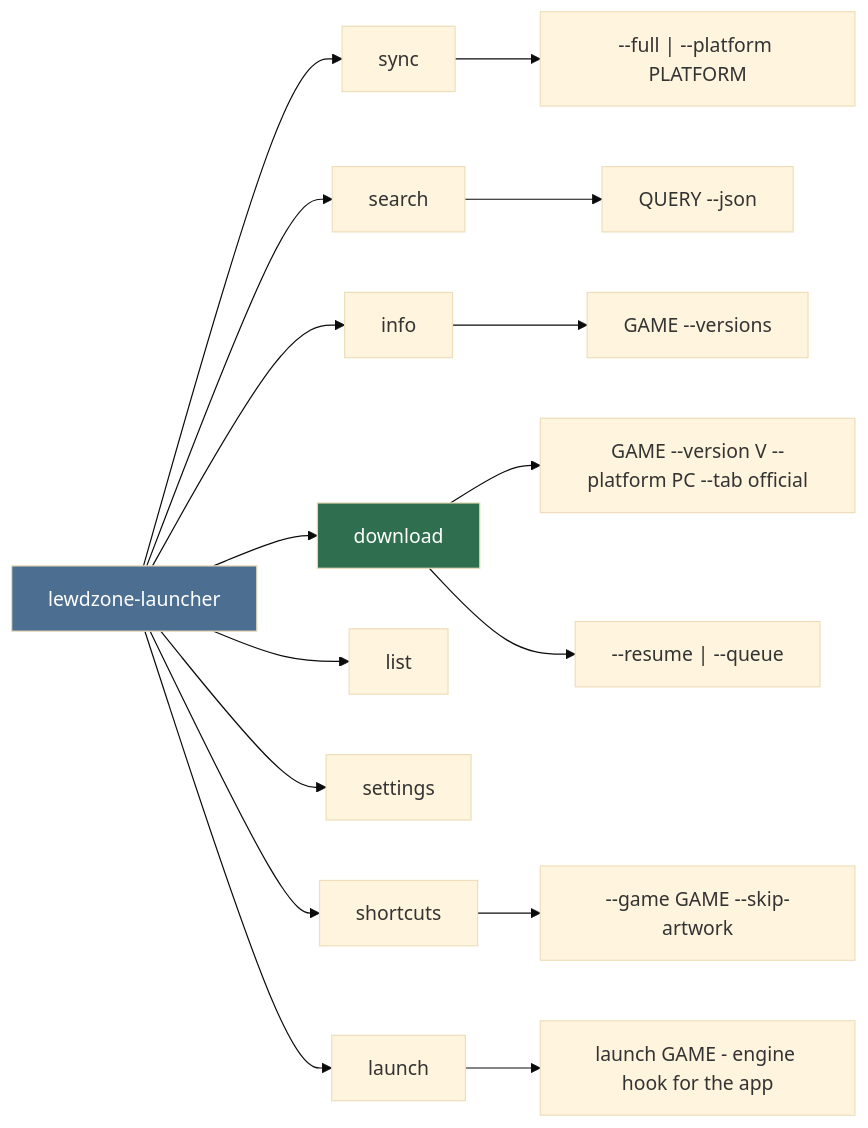
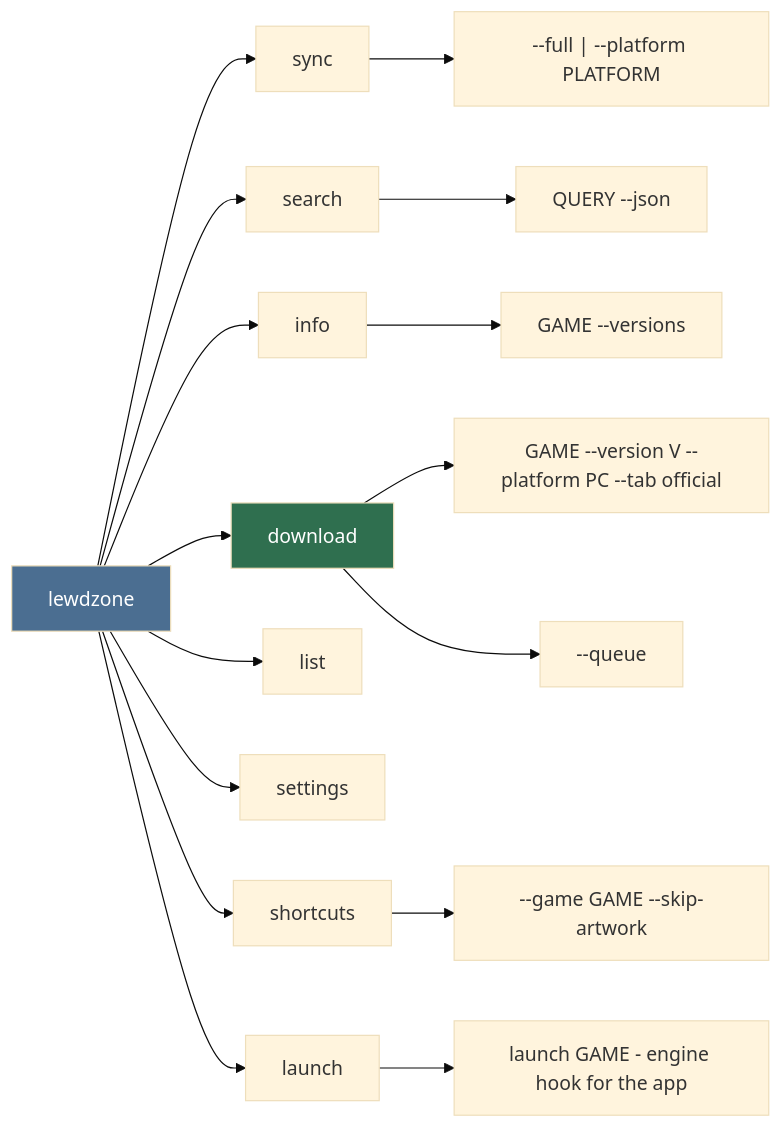
Before and after one commit to HELIX-Origin/LewdZone-Launcher: the second of 2 diagrams in .agents/agents/cli/cli.md, drawn with Mermaid (base theme). The commit also changed other lines of this file and 35 other files, not shown here.

````diff
--- a/.agents/agents/cli/cli.md
+++ b/.agents/agents/cli/cli.md
@@ -52,22 +52,22 @@
 ```mermaid
 flowchart LR
-    L["lewdzone-launcher"] --> sync[sync]
+    L["lewdzone"] --> sync[sync]
     L --> search[search]
     L --> info[info]
     L --> download[download]
     L --> listcmd[list]
     L --> settingscmd[settings]
     L --> shortcuts[shortcuts]
     L --> launch[launch]
 
     sync --> fs1["--full | --platform PLATFORM"]
     search --> ss1[QUERY --json]
     info --> si1[GAME --versions]
     download --> sd1[GAME --version V --platform PC --tab official]
-    download --> sd2["--resume | --queue"]
+    download --> sd2["--queue"]
     shortcuts --> sk1["--game GAME --skip-artwork"]
     launch --> lg1[launch GAME - engine hook for the app]
 
     style L fill:#4b6e91,color:#fff
     style download fill:#2f6f4f,color:#fff
 ```
````
